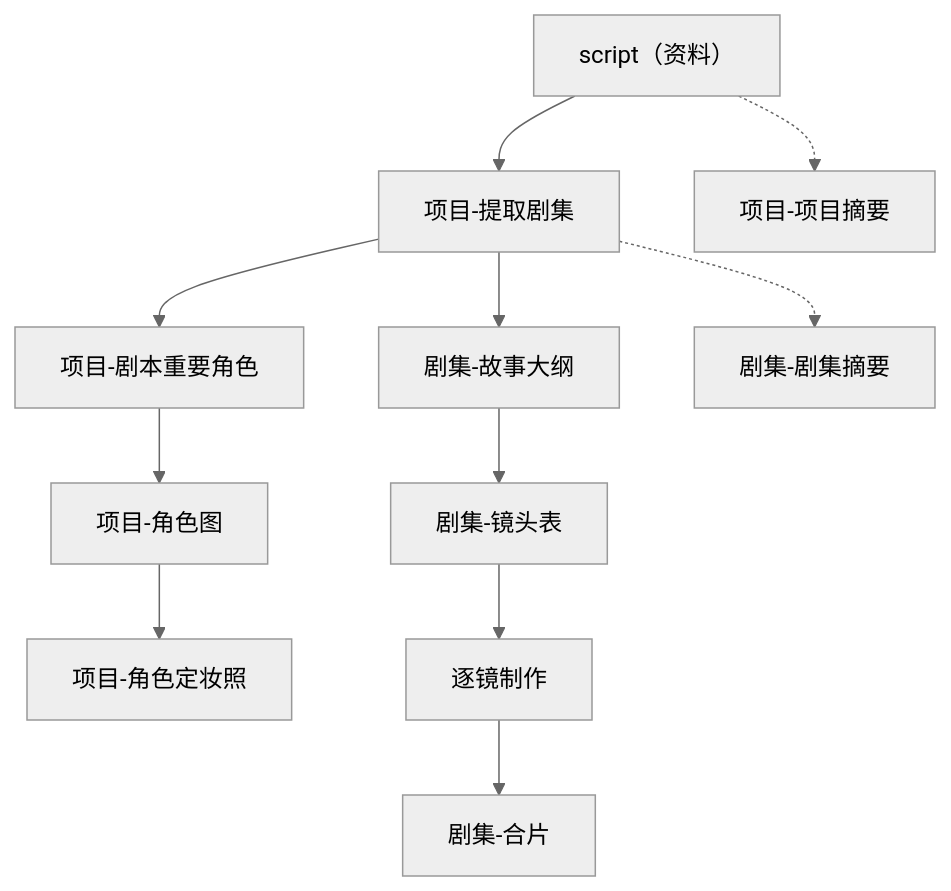
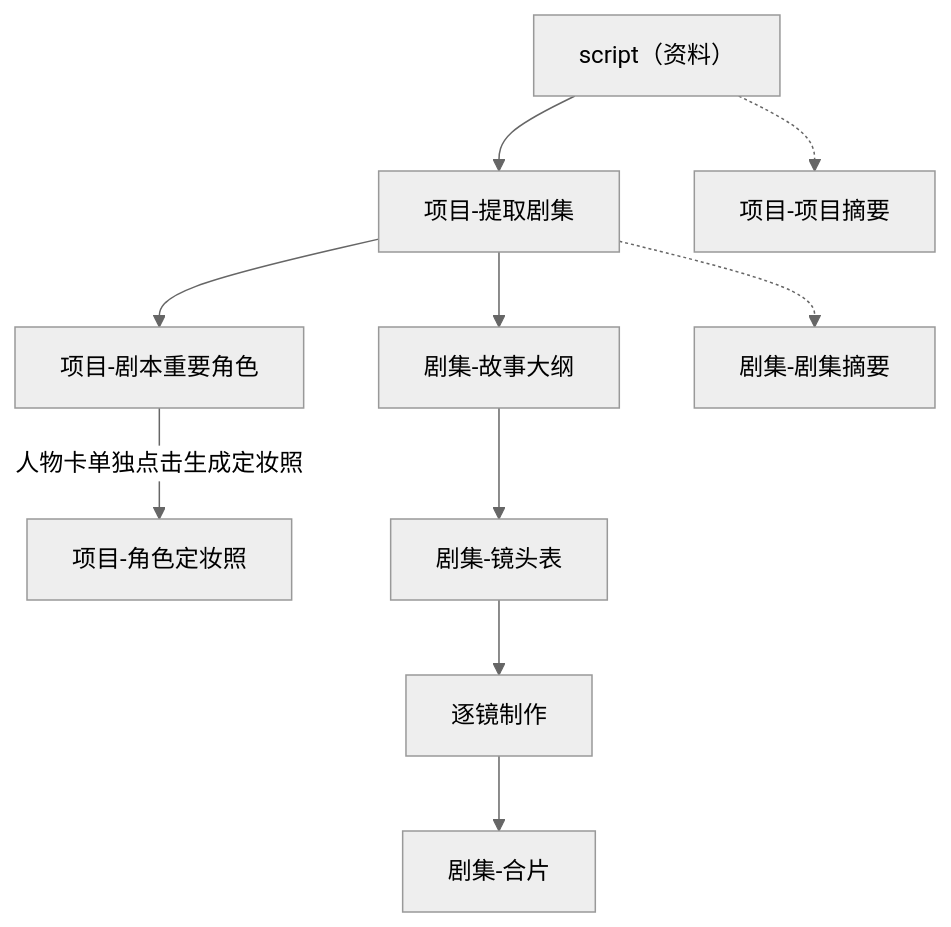
One commit to senbenyi/meiji-harness changed the first of 3 diagrams in meiji/dev_docs/制作工作流.md. Above: the diagram before and after it, drawn with Mermaid (neutral theme). The commit also changed other lines of this file and 115 other files, not shown here.

````diff
--- a/meiji/dev_docs/制作工作流.md
+++ b/meiji/dev_docs/制作工作流.md
@@ -35,20 +35,20 @@
 ```mermaid
 flowchart TD
   script["script（资料）"]
   split["项目-提取剧集"]
   people["项目-剧本重要角色"]
-  fig["项目-角色图"]
   look["项目-角色定妆照"]
   outline["剧集-故事大纲"]
   board["剧集-镜头表"]
   shot["逐镜制作"]
   asm["剧集-合片"]
   psum["项目-项目摘要"]
   esum["剧集-剧集摘要"]
 
   script --> split
-  split --> people --> fig --> look
+  split --> people
+  people -->|人物卡单独点击生成定妆照| look
   split --> outline --> board --> shot --> asm
   script -.-> psum
   split -.-> esum
 ```
````
